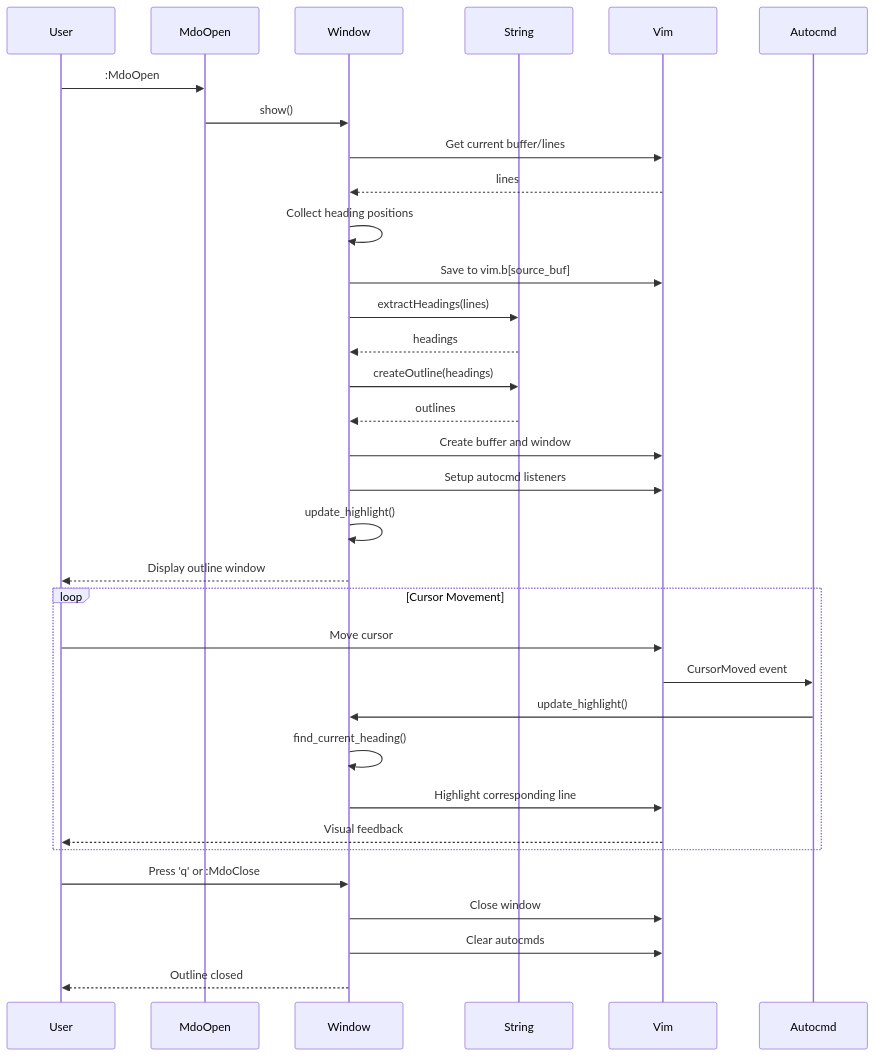
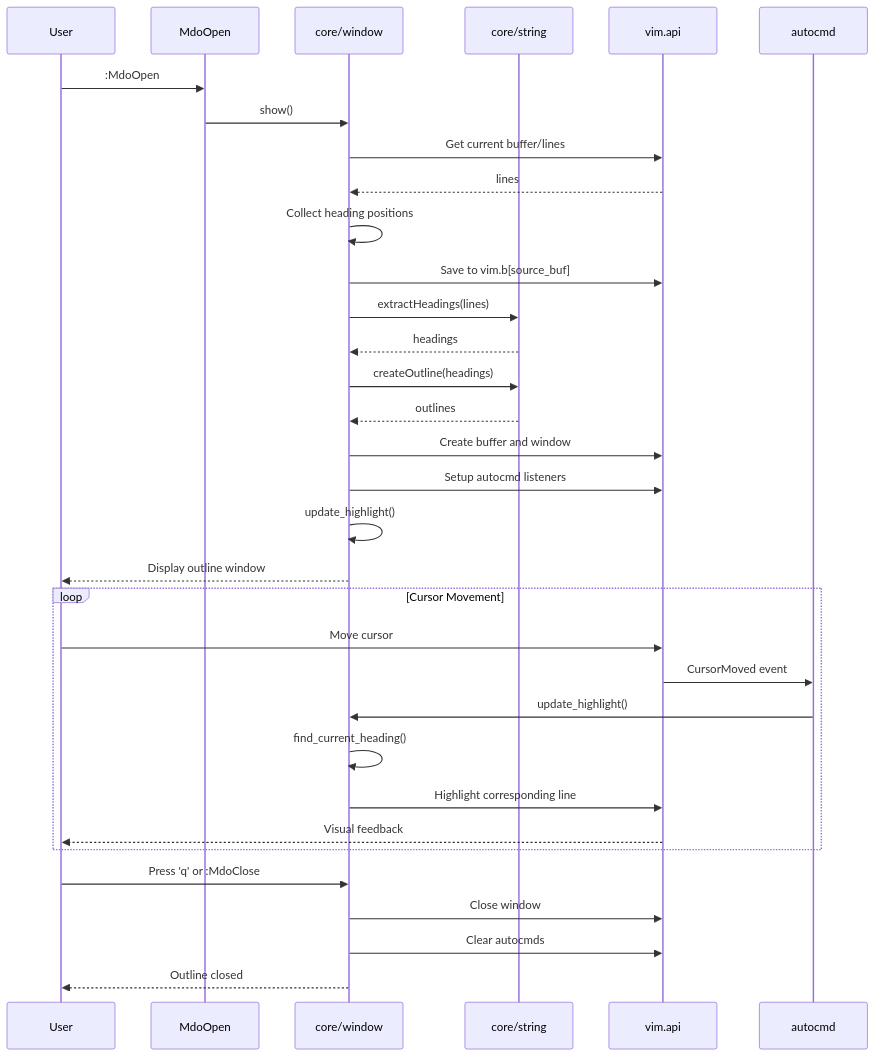
The fifth of 6 diagrams in doc/window_flow_chart.md (tttol/md-outline.nvim), drawn with Mermaid before and after one commit.

````diff
--- a/doc/window_flow_chart.md
+++ b/doc/window_flow_chart.md
@@ -99,44 +99,44 @@
 ```mermaid
 sequenceDiagram
     participant User
     participant MdoOpen
-    participant Window
-    participant String
-    participant Vim
-    participant Autocmd
+    participant core/window
+    participant core/string
+    participant vim.api
+    participant autocmd
 
     User->>MdoOpen: :MdoOpen
-    MdoOpen->>Window: show()
+    MdoOpen->>core/window: show()
 
-    Window->>Vim: Get current buffer/lines
-    Vim-->>Window: lines
+    core/window->>vim.api: Get current buffer/lines
+    vim.api-->>core/window: lines
 
-    Window->>Window: Collect heading positions
-    Window->>Vim: Save to vim.b[source_buf]
+    core/window->>core/window: Collect heading positions
+    core/window->>vim.api: Save to vim.b[source_buf]
 
-    Window->>String: extractHeadings(lines)
-    String-->>Window: headings
+    core/window->>core/string: extractHeadings(lines)
+    core/string-->>core/window: headings
 
-    Window->>String: createOutline(headings)
-    String-->>Window: outlines
+    core/window->>core/string: createOutline(headings)
+    core/string-->>core/window: outlines
 
-    Window->>Vim: Create buffer and window
-    Window->>Vim: Setup autocmd listeners
-    Window->>Window: update_highlight()
+    core/window->>vim.api: Create buffer and window
+    core/window->>vim.api: Setup autocmd listeners
+    core/window->>core/window: update_highlight()
 
-    Window-->>User: Display outline window
+    core/window-->>User: Display outline window
 
     loop Cursor Movement
-        User->>Vim: Move cursor
-        Vim->>Autocmd: CursorMoved event
-        Autocmd->>Window: update_highlight()
-        Window->>Window: find_current_heading()
-        Window->>Vim: Highlight corresponding line
-        Vim-->>User: Visual feedback
+        User->>vim.api: Move cursor
+        vim.api->>autocmd: CursorMoved event
+        autocmd->>core/window: update_highlight()
+        core/window->>core/window: find_current_heading()
+        core/window->>vim.api: Highlight corresponding line
+        vim.api-->>User: Visual feedback
     end
 
-    User->>Window: Press 'q' or :MdoClose
-    Window->>Vim: Close window
-    Window->>Vim: Clear autocmds
-    Window-->>User: Outline closed
+    User->>core/window: Press 'q' or :MdoClose
+    core/window->>vim.api: Close window
+    core/window->>vim.api: Clear autocmds
+    core/window-->>User: Outline closed
 ```
````
